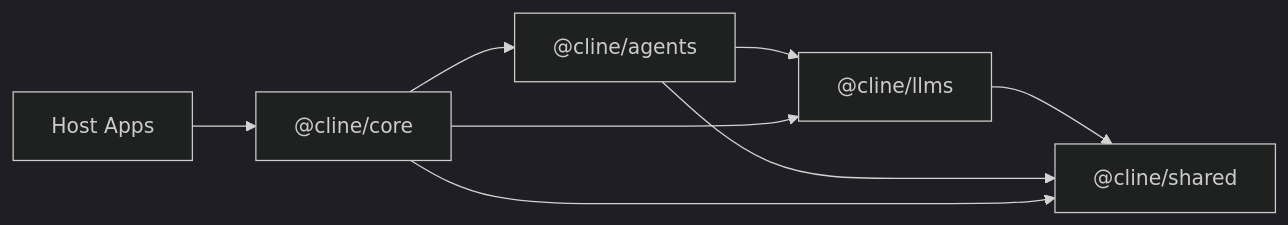
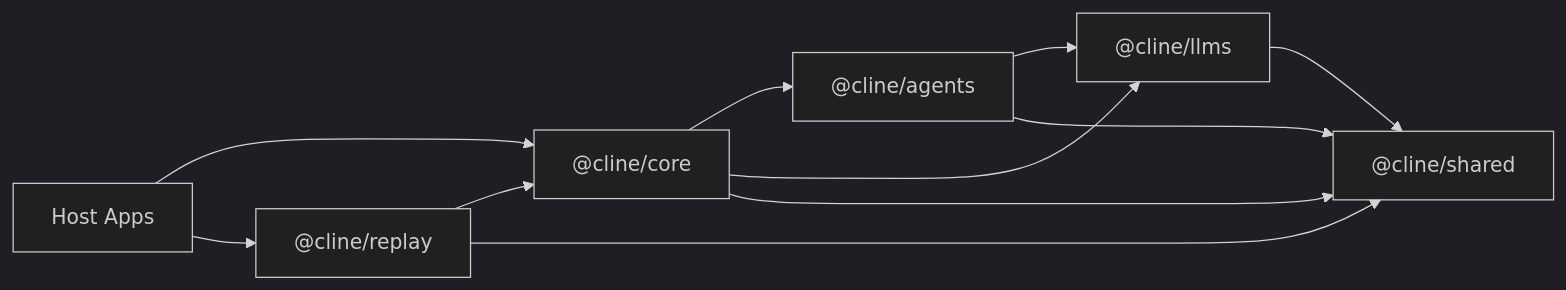
Before and after one commit to cline/cline: the diagram in sdk/ARCHITECTURE.md, drawn with Mermaid (dark theme). The commit also changed other lines of this file, not shown here.

Commit message:
Document the session recording and replay package split

````diff
--- a/sdk/ARCHITECTURE.md
+++ b/sdk/ARCHITECTURE.md
@@ -26,16 +26,20 @@
 ```mermaid
 flowchart LR
   shared["@cline/shared"]
   llms["@cline/llms"]
   agents["@cline/agents"]
   core["@cline/core"]
+  replay["@cline/replay"]
   apps["Host Apps"]
 
   llms --> shared
   agents --> llms
   agents --> shared
   core --> agents
   core --> llms
   core --> shared
+  replay --> core
+  replay --> shared
   apps --> core
+  apps --> replay
 ```
````
